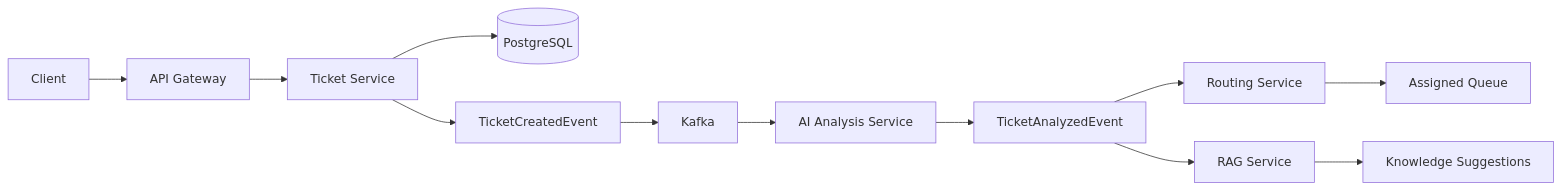
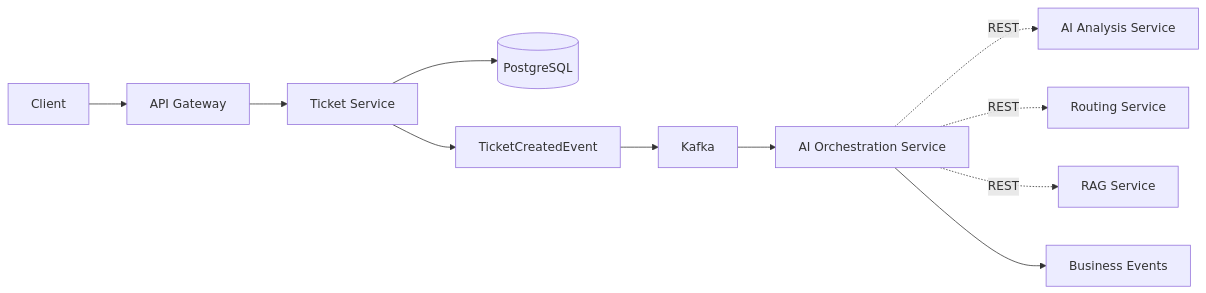
One commit to avisheksingha/ai-support-system changed the second of 2 diagrams in README.md. Above: the diagram before and after it, drawn with Mermaid. The commit also changed other lines of this file and 370 other files, not shown here.

````diff
--- a/README.md
+++ b/README.md
@@ -396,20 +397,18 @@
 ```mermaid
 flowchart LR
     A[Client]
     --> B[API Gateway]
     --> C[Ticket Service]
 
     C --> D[(PostgreSQL)]
     C --> E[TicketCreatedEvent]
 
     E --> F[Kafka]
 
-    F --> G[AI Analysis Service]
-    G --> H[TicketAnalyzedEvent]
-
-    H --> I[Routing Service]
-    H --> J[RAG Service]
-
-    I --> K[Assigned Queue]
-    J --> L[Knowledge Suggestions]
+    F --> G[AI Orchestration Service]
+    G -.REST.-> H[AI Analysis Service]
+    G -.REST.-> I[Routing Service]
+    G -.REST.-> J[RAG Service]
+    
+    G --> K[Business Events]
 ```
````
